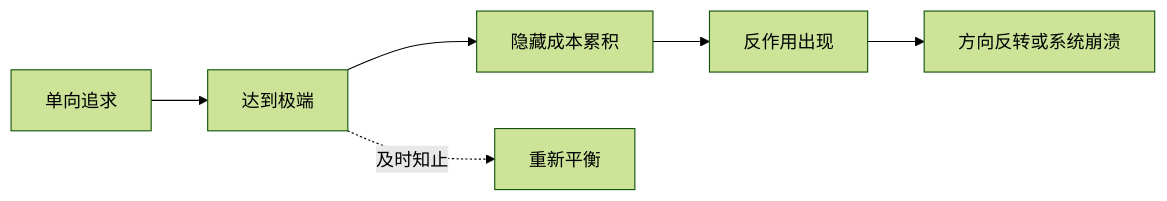
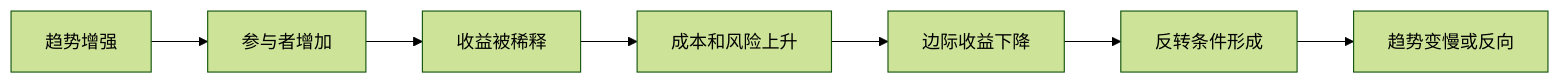
One commit to digoal/blog changed the second of 3 diagrams in 202605/20260518_37.md. Above: the diagram before and after it, drawn with Mermaid (forest theme). The commit also changed other lines of this file and 26 other files, not shown here.

````diff
--- a/202605/20260518_37.md
+++ b/202605/20260518_37.md
@@ -21,8 +77,9 @@
 ```mermaid
 flowchart LR
-  A["单向追求"] --> B["达到极端"]
-  B --> C["隐藏成本累积"]
-  C --> D["反作用出现"]
-  D --> E["方向反转或系统崩溃"]
-  B -. "及时知止" .-> F["重新平衡"]
+  A["趋势增强"] --> B["参与者增加"]
+  B --> C["收益被稀释"]
+  C --> D["成本和风险上升"]
+  D --> E["边际收益下降"]
+  E --> F["反转条件形成"]
+  F --> G["趋势变慢或反向"]
 ```
````
